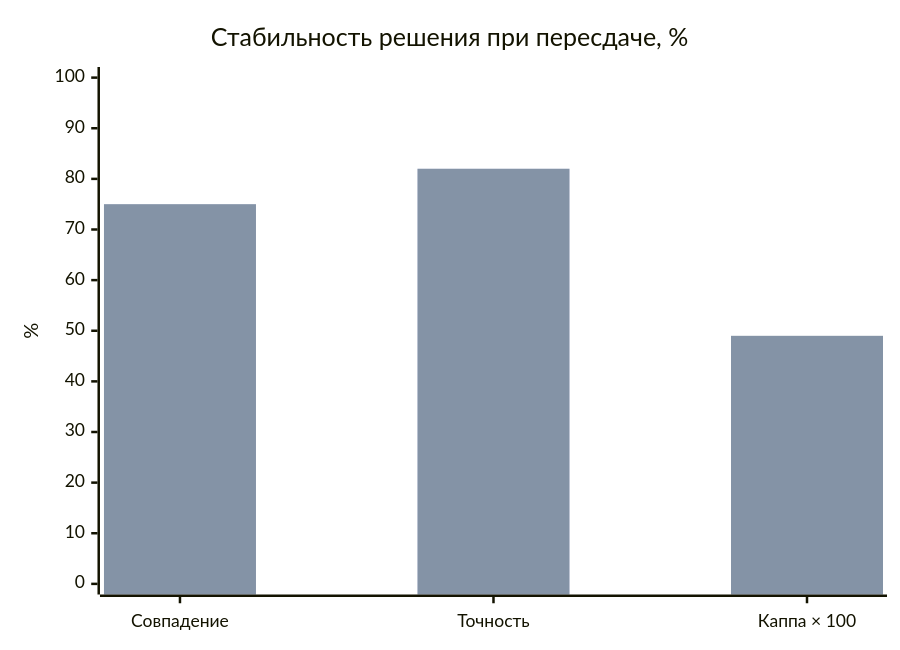
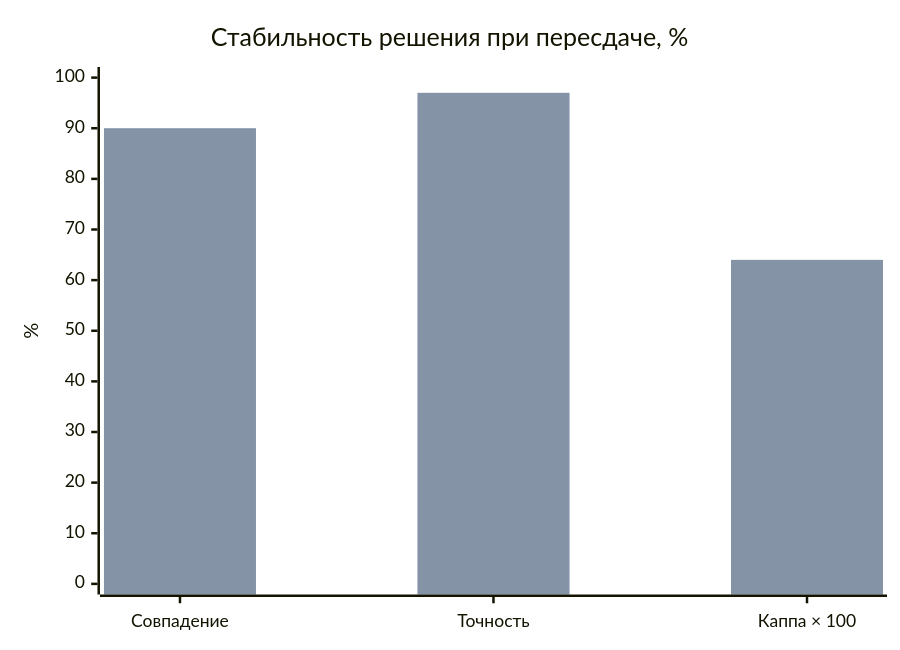
One commit to ShadowFiend1337/hh_platform changed the second of 3 diagrams in docs/assessment_validation_results.md. Above: the diagram before and after it, drawn with Mermaid. The commit also changed other lines of this file and 3 other files, not shown here.

````diff
--- a/docs/assessment_validation_results.md
+++ b/docs/assessment_validation_results.md
@@ -46,8 +46,8 @@
 ```mermaid
 xychart-beta
   title "Стабильность решения при пересдаче, %"
   x-axis ["Совпадение", "Точность", "Каппа × 100"]
   y-axis "%" 0 --> 100
-  bar [75, 82, 47]
-  bar [75, 82, 49]
+  bar [90, 97, 62]
+  bar [90, 97, 64]
 ```
````
